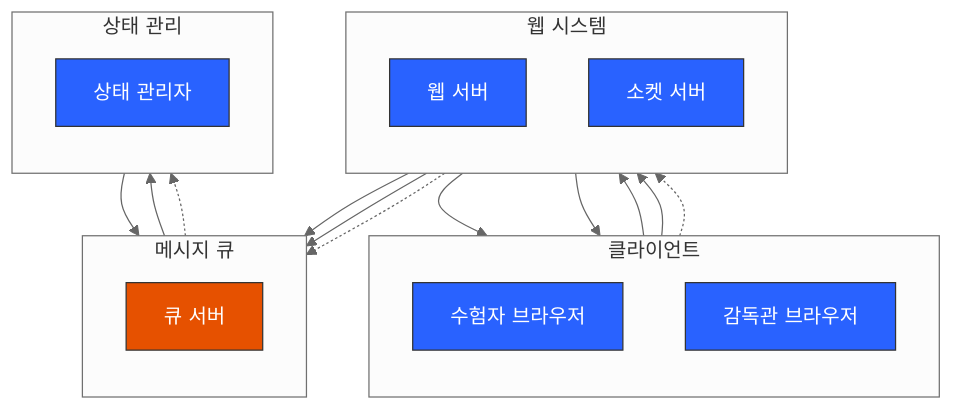
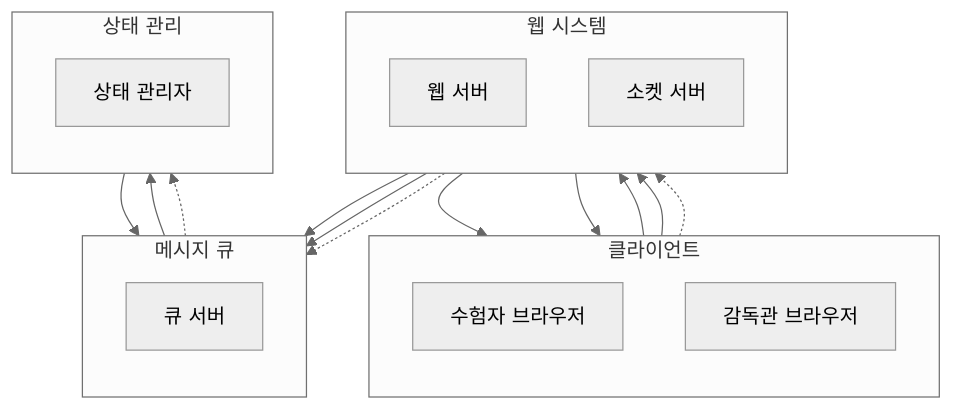
The first of 2 diagrams in 시나리오/06 수험자의 소켓이 닫혔을떄 복구 시나리오.md (ldmrepo/exam-arch), drawn with Mermaid (neutral theme) before and after one commit. The commit also changed 7 other files, not shown here.

Commit message:
상태 처리 다이어그램에서 스타일 제거 및 시퀀스 다이어그램 추가

````diff
--- a/시나리오/06 수험자의 소켓이 닫혔을떄 복구 시나리오.md
+++ b/시나리오/06 수험자의 소켓이 닫혔을떄 복구 시나리오.md
@@ -3,53 +3,46 @@
 ```mermaid
 flowchart TB
     subgraph Clients["클라이언트"]
         direction TB
         CB["수험자 브라우저"]
         SB["감독관 브라우저"]
     end
 
     subgraph WebSystem["웹 시스템"]
         direction TB
         WS["웹 서버"]
         SS["소켓 서버"]
     end
 
     subgraph MessageQueue["메시지 큐"]
         direction TB
         QS["큐 서버"]
     end
 
     subgraph StateManagement["상태 관리"]
         direction TB
         SM["상태 관리자"]
     end
 
     %% 연결 종료 흐름
     CB --> WS
     WS --> QS
 
     %% 연결 복구 흐름
     CB --> SS
     SS --> QS
 
     %% 상태 관리 흐름
     QS --> SM
     SM --> QS
 
     %% 알림 전파 흐름
     SS --> CB
     SS --> SB
 
     %% 상태 동기화 흐름
     CB -.-> SS
     SS -.-> QS
     QS -.-> SM
 
-    style CB fill:#2962ff,stroke:#333,color:#fff
-    style SB fill:#2962ff,stroke:#333,color:#fff
-    style WS fill:#2962ff,stroke:#333,color:#fff
-    style SS fill:#2962ff,stroke:#333,color:#fff
-    style QS fill:#e65100,stroke:#333,color:#fff
-    style SM fill:#2962ff,stroke:#333,color:#fff
-
 ```
````
